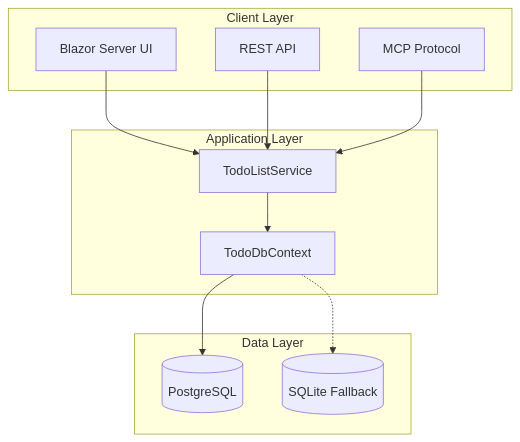
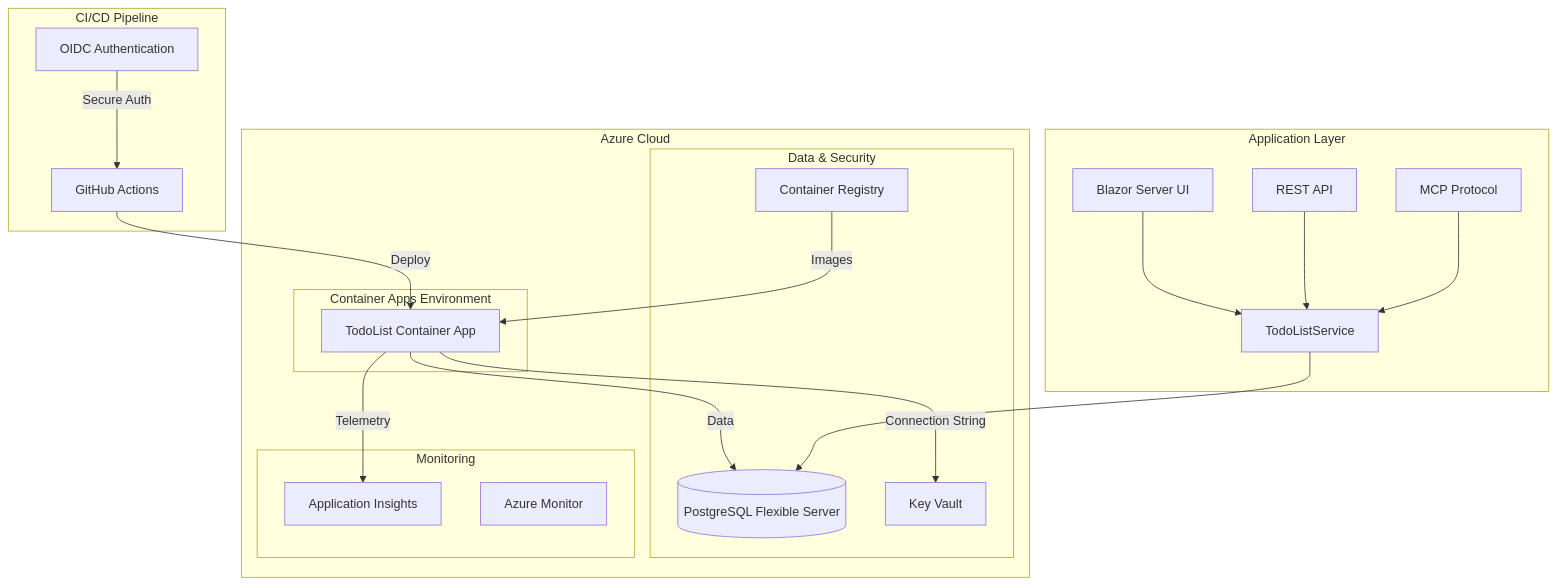
The diagram in Readme.md (pakbaz/TodoList), drawn with Mermaid before and after one commit. The commit also changed other lines of this file and 1 other file, not shown here.

````diff
--- a/Readme.md
+++ b/Readme.md
@@ -27,25 +37,43 @@
 ```mermaid
 graph TB
-    subgraph "Client Layer"
+    subgraph "Azure Cloud"
+        subgraph "Container Apps Environment"
+            APP[TodoList Container App]
+        end
+        
+        subgraph "Data & Security"
+            PG[(PostgreSQL Flexible Server)]
+            KV[Key Vault]
+            ACR[Container Registry]
+        end
+        
+        subgraph "Monitoring"
+            AI[Application Insights]
+            MON[Azure Monitor]
+        end
+    end
+    
+    subgraph "CI/CD Pipeline"
+        GH[GitHub Actions]
+        OIDC[OIDC Authentication]
+    end
+    
+    subgraph "Application Layer"
         UI[Blazor Server UI]
         API[REST API]
         MCP[MCP Protocol]
+        SVC[TodoListService]
     end
     
-    subgraph "Application Layer"
-        SVC[TodoListService]
-        CTX[TodoDbContext]
-    end
-    
-    subgraph "Data Layer"
-        PG[(PostgreSQL)]
-        LT[(SQLite Fallback)]
-    end
+    GH --> |Deploy| APP
+    OIDC --> |Secure Auth| GH
+    APP --> |Connection String| KV
+    APP --> |Data| PG
+    APP --> |Telemetry| AI
+    ACR --> |Images| APP
     
     UI --> SVC
     API --> SVC
     MCP --> SVC
-    SVC --> CTX
-    CTX --> PG
-    CTX -.-> LT
+    SVC --> PG
 ```
````
